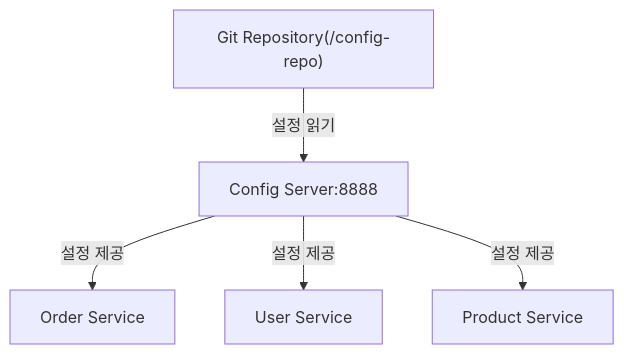
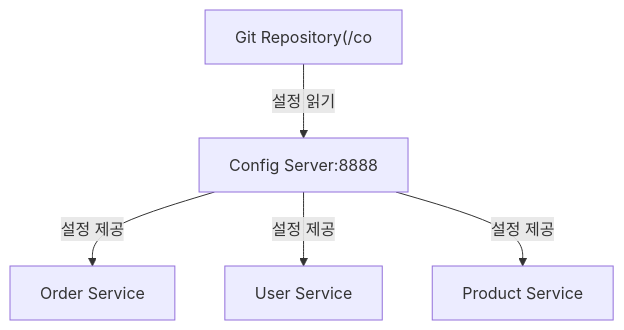
The first of 2 diagrams in _posts/spring/2026-05-01-spring-config.md (yjkim2015/yjkim2015.github.io), drawn with Mermaid before and after one commit. The commit also changed 271 other files, not shown here.

First line of the commit message:
Mermaid 라벨 축소: 긴 노드 텍스트 18자 이하로 트림 + \n 제거

````diff
--- a/_posts/spring/2026-05-01-spring-config.md
+++ b/_posts/spring/2026-05-01-spring-config.md
@@ -23,7 +23,7 @@
 ```mermaid
 graph TD
-    GIT["Git Repository(/config-repo)"] -->|"설정 읽기"| CS["Config Server:8888"]
+    GIT["Git Repository(/co"] -->|"설정 읽기"| CS["Config Server:8888"]
     CS -->|"설정 제공"| OS["Order Service"]
     CS -->|"설정 제공"| US["User Service"]
     CS -->|"설정 제공"| PS["Product Service"]
 ```
````
